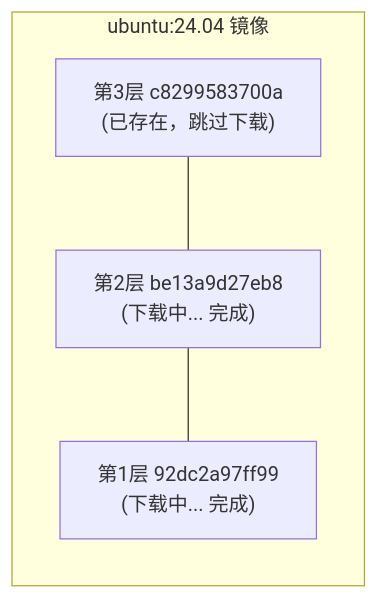
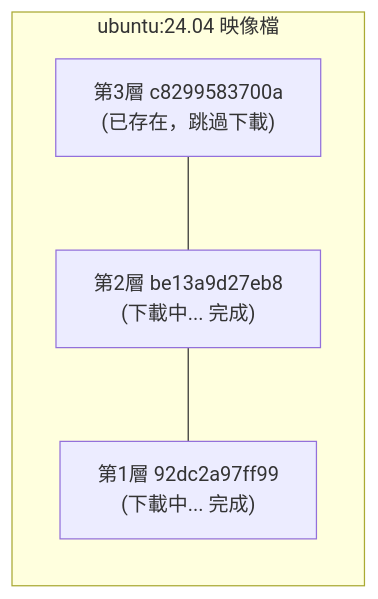
The diagram in 04_image/4.1_pull.md (alexkuoecity/docker-practice-master-zh-tw), drawn with Mermaid before and after one commit. The commit also changed other lines of this file and 200 other files, not shown here.

````diff
--- a/04_image/4.1_pull.md
+++ b/04_image/4.1_pull.md
@@ -94,10 +94,10 @@
 ```mermaid
 flowchart TD
-    subgraph Image ["ubuntu:24.04 镜像"]
+    subgraph Image ["ubuntu:24.04 映像檔"]
         direction TB
-        L3["第3层 c8299583700a<br/>(已存在，跳过下载)"]
-        L2["第2层 be13a9d27eb8<br/>(下载中... 完成)"]
-        L1["第1层 92dc2a97ff99<br/>(下载中... 完成)"]
+        L3["第3層 c8299583700a<br/>(已存在，跳過下載)"]
+        L2["第2層 be13a9d27eb8<br/>(下載中... 完成)"]
+        L1["第1層 92dc2a97ff99<br/>(下載中... 完成)"]
         L3 --- L2 --- L1
     end
 ```
````
